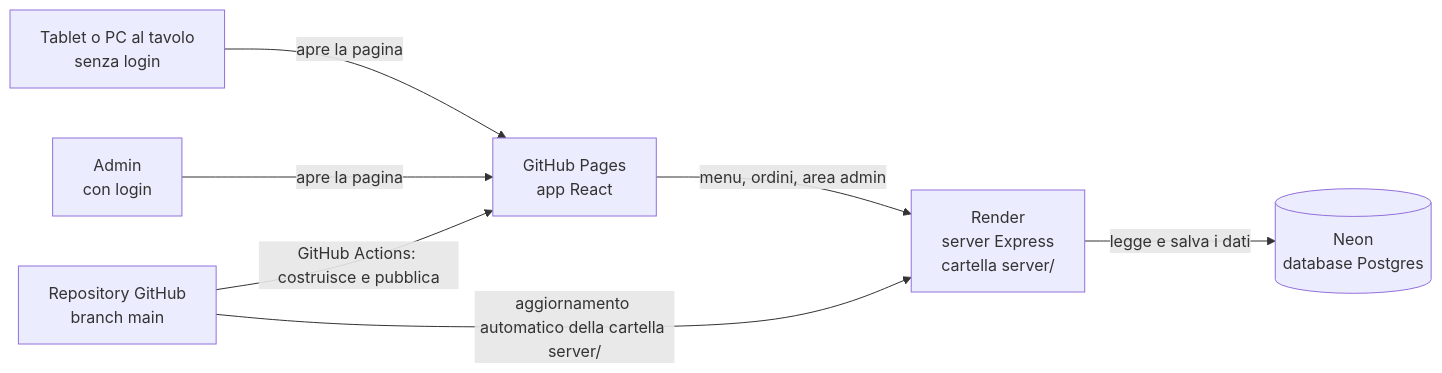
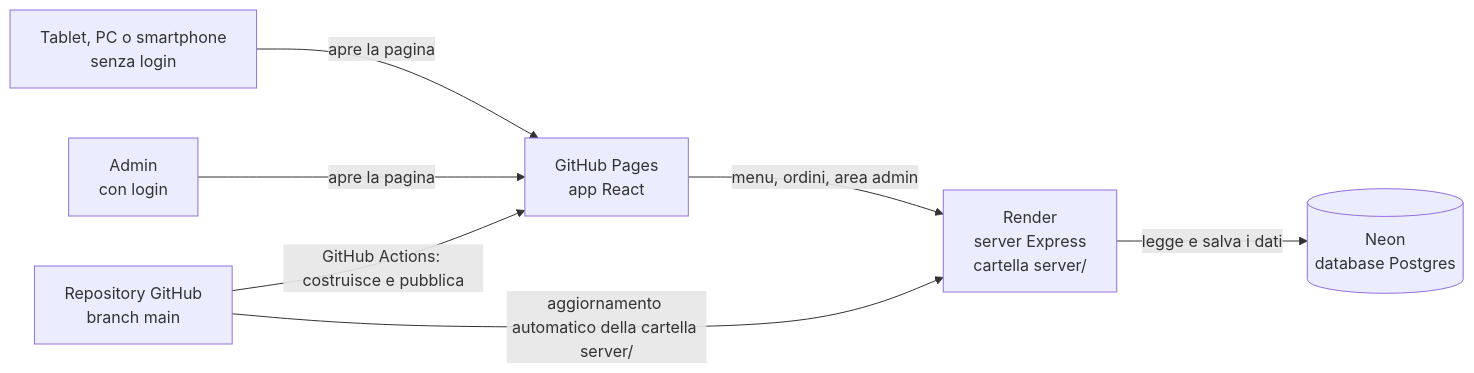
The first of 4 diagrams in doc/piano-server-database.md (Josecontis/RestaurantManager), drawn with Mermaid before and after one commit. The commit also changed other lines of this file and 1 other file, not shown here.

Commit message:
Add GitHub Pages deploy workflow and update the plan with setup steps for Neon, Render and GitHub

````diff
--- a/doc/piano-server-database.md
+++ b/doc/piano-server-database.md
@@ -13,9 +13,9 @@
 ```mermaid
 graph LR
-  T["Tablet o PC al tavolo<br/>senza login"] -->|apre la pagina| GP["GitHub Pages<br/>app React"]
+  T["Tablet, PC o smartphone<br/>senza login"] -->|apre la pagina| GP["GitHub Pages<br/>app React"]
   A["Admin<br/>con login"] -->|apre la pagina| GP
   GP -->|menu, ordini, area admin| R["Render<br/>server Express<br/>cartella server/"]
   R -->|legge e salva i dati| N[("Neon<br/>database Postgres")]
   GH["Repository GitHub<br/>branch main"] -->|GitHub Actions: costruisce e pubblica| GP
   GH -->|aggiornamento automatico della cartella server/| R
 ```
````
